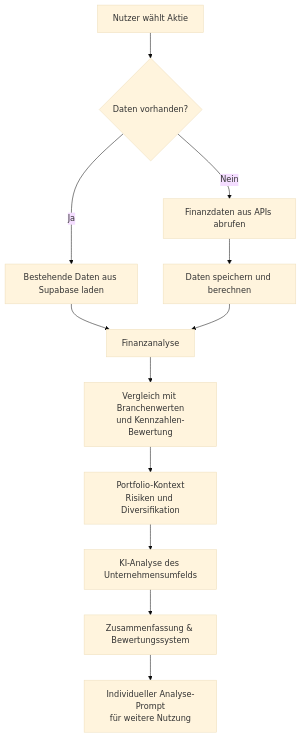
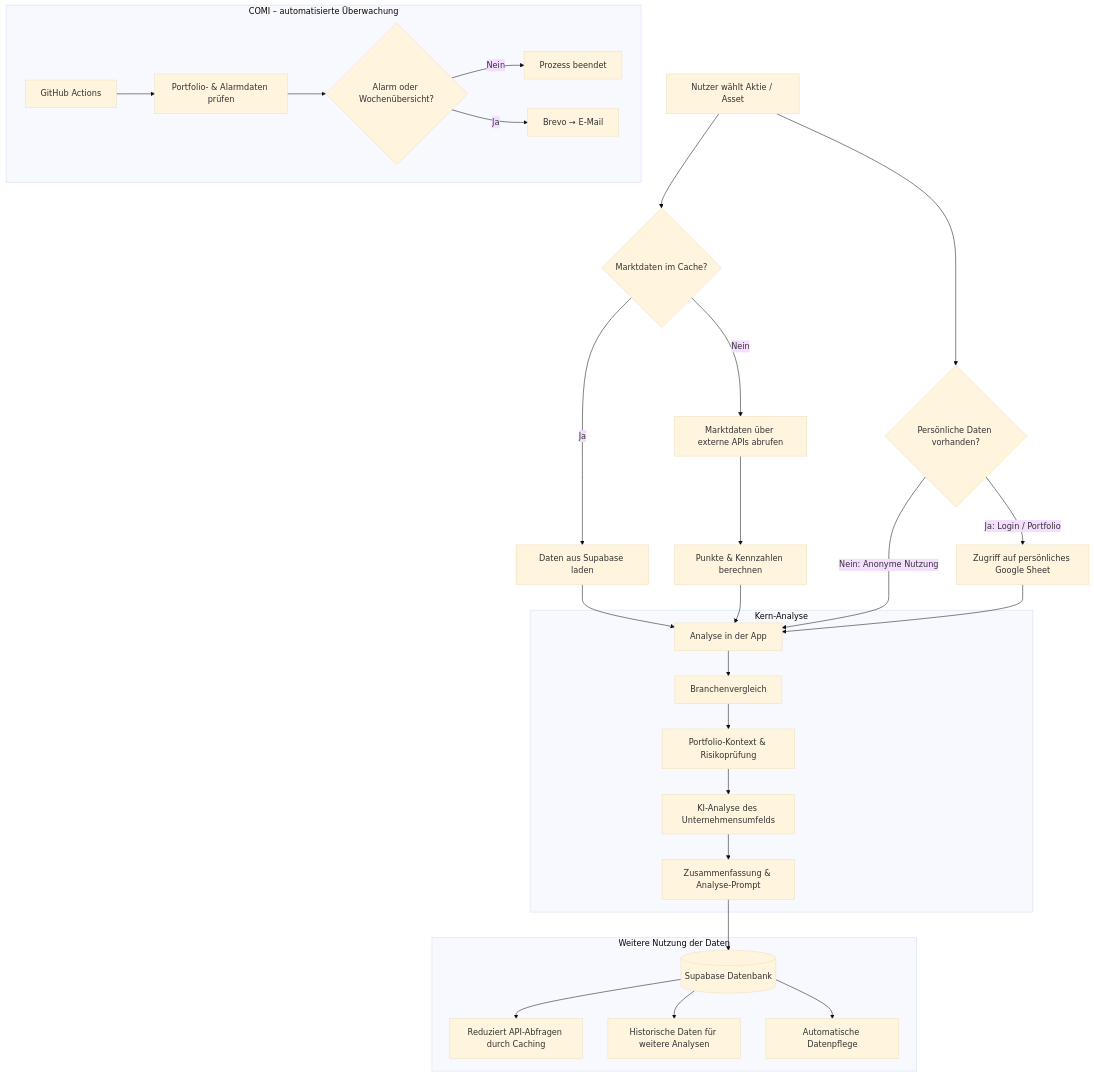
The diagram in README.md (maurinstudio/MaurinInvest-Showcase), drawn with Mermaid (base theme) before and after one commit. The commit also changed other lines of this file, not shown here.

````diff
--- a/README.md
+++ b/README.md
@@ -209,22 +209,38 @@
 ```mermaid
 graph TD
-    A[Nutzer wählt Aktie] --> B{Daten vorhanden?}
+    A[Nutzer wählt Aktie / Asset] --> B{Marktdaten im Cache?}
 
-    B -->|Ja| C[Bestehende Daten aus Supabase laden]
-    B -->|Nein| D[Finanzdaten aus APIs abrufen]
+    B -->|Ja| C[Daten aus Supabase laden]
+    B -->|Nein| D[Marktdaten über externe APIs abrufen]
 
-    D --> E[Daten speichern und berechnen]
-    
-    C --> F[Finanzanalyse]
-    E --> F
+    C --> E[Analyse in der App]
+    D --> F[Punkte & Kennzahlen berechnen]
+    F --> E
 
-    F --> G[Vergleich mit Branchenwerten<br/>und Kennzahlen-Bewertung]
+    A --> G{Persönliche Daten vorhanden?}
+    G -->|Nein: Anonyme Nutzung| E
+    G -->|Ja: Login / Portfolio| H[Zugriff auf persönliches Google Sheet]
+    H --> E
 
-    G --> H[Portfolio-Kontext<br/>Risiken und Diversifikation]
+    subgraph App["Kern-Analyse"]
+        E --> S1[Branchenvergleich]
+        S1 --> S2[Portfolio-Kontext & Risikoprüfung]
+        S2 --> S3[KI-Analyse des Unternehmensumfelds]
+        S3 --> S4[Zusammenfassung & Analyse-Prompt]
+    end
 
-    H --> I[KI-Analyse des Unternehmensumfelds]
+    S4 --> DB[(Supabase Datenbank)]
 
-    I --> J[Zusammenfassung & Bewertungssystem]
+    subgraph COMI["COMI – automatisierte Überwachung"]
+        J[GitHub Actions] --> K[Portfolio- & Alarmdaten prüfen]
+        K --> L{Alarm oder Wochenübersicht?}
+        L -->|Nein| N[Prozess beendet]
+        L -->|Ja| M[Brevo → E-Mail]
+    end
 
-    J --> K[Individueller Analyse-Prompt<br/>für weitere Nutzung]
+    subgraph DB_Functions["Weitere Nutzung der Daten"]
+        DB --> F1[Reduziert API-Abfragen durch Caching]
+        DB --> F2[Historische Daten für weitere Analysen]
+        DB --> F3[Automatische Datenpflege]
+    end
 ```
````
